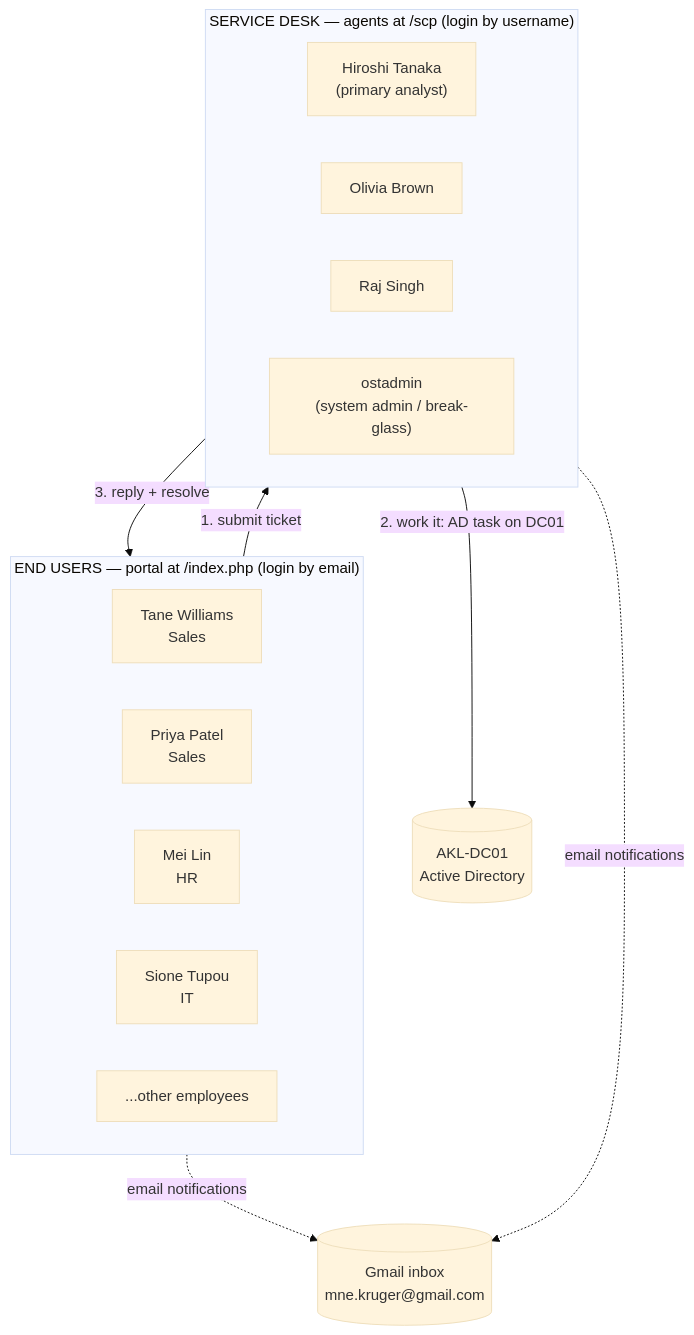
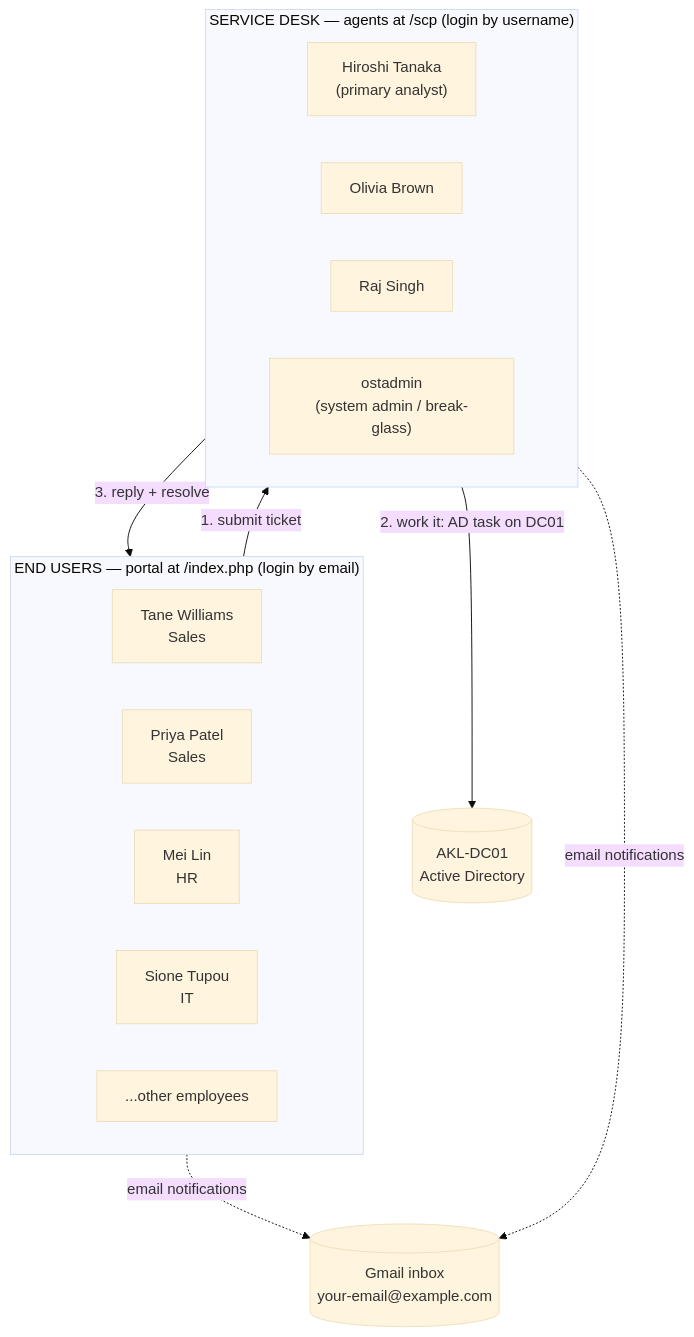
The diagram in docs/11-osticket-configuration.md (Ofendor/Service-Desk-Support-Lab), drawn with Mermaid (base theme) before and after one commit. The commit also changed other lines of this file and 3 other files, not shown here.

````diff
--- a/docs/11-osticket-configuration.md
+++ b/docs/11-osticket-configuration.md
@@ -37,23 +37,23 @@
 ```mermaid
 flowchart TB
     subgraph CUSTOMERS["END USERS — portal at /index.php (login by email)"]
         TANE["Tane Williams<br>Sales"]
         PRIYA["Priya Patel<br>Sales"]
         MEI["Mei Lin<br>HR"]
         SIONE["Sione Tupou<br>IT"]
         ETC["...other employees"]
     end
 
     subgraph DESK["SERVICE DESK — agents at /scp (login by username)"]
         HIROSHI["Hiroshi Tanaka<br>(primary analyst)"]
         OLIVIA["Olivia Brown"]
         RAJ["Raj Singh"]
         OSTADMIN["ostadmin<br>(system admin / break-glass)"]
     end
 
     CUSTOMERS -->|1. submit ticket| DESK
     DESK -->|2. work it: AD task on DC01| DC[("AKL-DC01<br>Active Directory")]
     DESK -->|3. reply + resolve| CUSTOMERS
-    CUSTOMERS -.->|email notifications| GMAIL[("Gmail inbox<br>mne.kruger@gmail.com")]
+    CUSTOMERS -.->|email notifications| GMAIL[("Gmail inbox<br>your-email@example.com")]
     DESK -.->|email notifications| GMAIL
 ```
````
